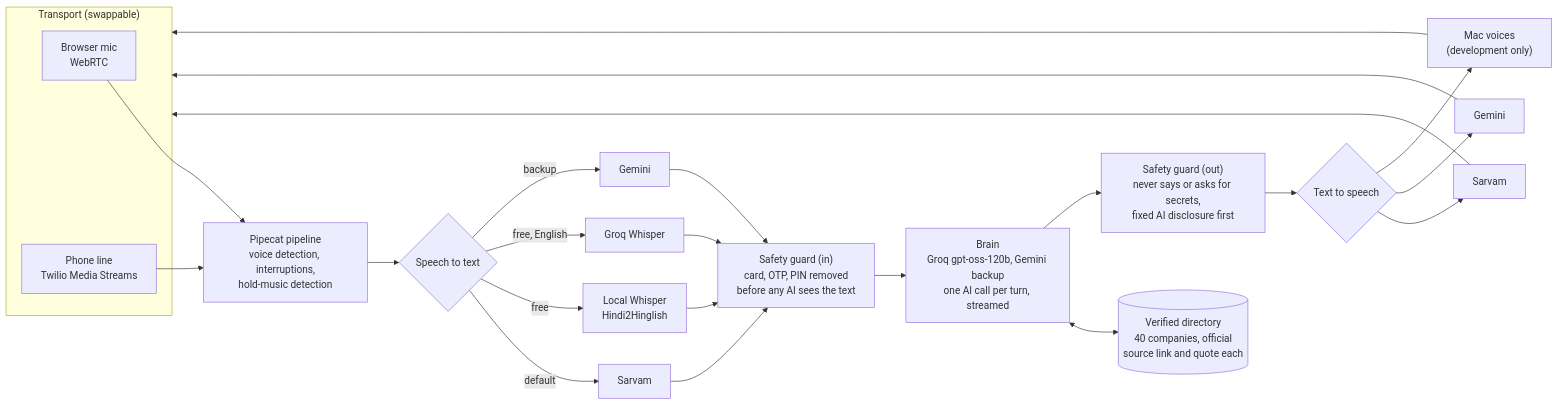
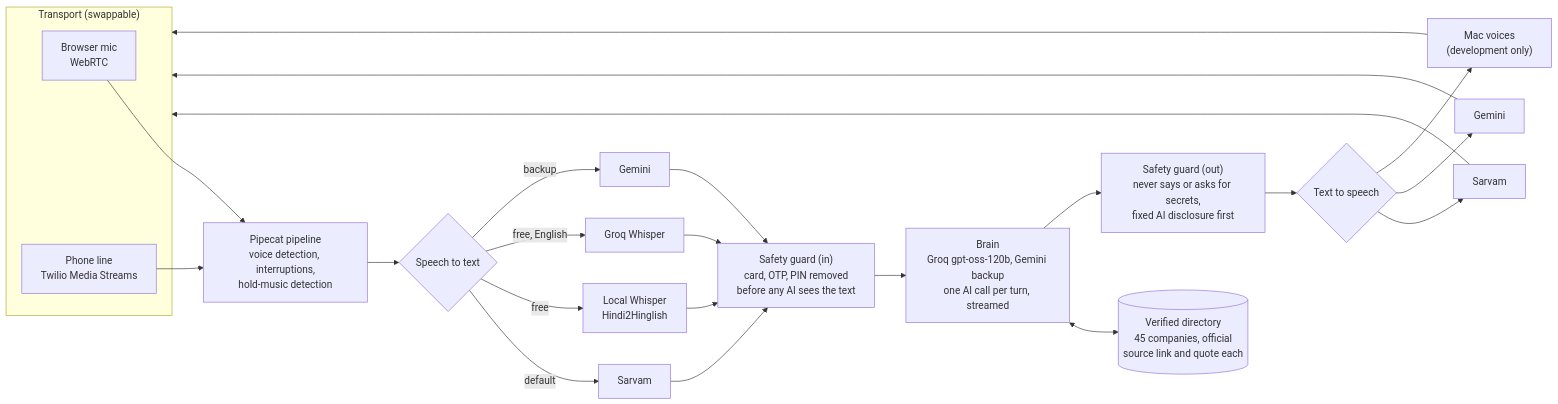
The diagram in README.md (shuklabhoomi521-web/nivaran-ai), drawn with Mermaid before and after one commit. The commit also changed other lines of this file and 9 other files, not shown here.

Commit message:
Directory: 5 more companies from official pages, honest notes on the rest; docs and counts updated

````diff
--- a/README.md
+++ b/README.md
@@ -48,28 +48,28 @@
 ```mermaid
 flowchart LR
     subgraph IN["Transport (swappable)"]
         B["Browser mic<br/>WebRTC"]
         P["Phone line<br/>Twilio Media Streams"]
     end
     B --> V
     P --> V
     V["Pipecat pipeline<br/>voice detection, interruptions,<br/>hold-music detection"] --> S{"Speech to text"}
     S -->|default| S1["Sarvam"]
     S -->|free| S2["Local Whisper<br/>Hindi2Hinglish"]
     S -->|"free, English"| S3["Groq Whisper"]
     S -->|backup| S4["Gemini"]
     S1 --> G1
     S2 --> G1
     S3 --> G1
     S4 --> G1
     G1["Safety guard (in)<br/>card, OTP, PIN removed<br/>before any AI sees the text"] --> BR
-    BR["Brain<br/>Groq gpt-oss-120b, Gemini backup<br/>one AI call per turn, streamed"] <--> D[("Verified directory<br/>40 companies, official<br/>source link and quote each")]
+    BR["Brain<br/>Groq gpt-oss-120b, Gemini backup<br/>one AI call per turn, streamed"] <--> D[("Verified directory<br/>45 companies, official<br/>source link and quote each")]
     BR --> G2["Safety guard (out)<br/>never says or asks for secrets,<br/>fixed AI disclosure first"]
     G2 --> T{"Text to speech"}
     T --> T1["Sarvam"]
     T --> T2["Gemini"]
     T --> T3["Mac voices<br/>(development only)"]
     T1 --> IN
     T2 --> IN
     T3 --> IN
 ```
````
